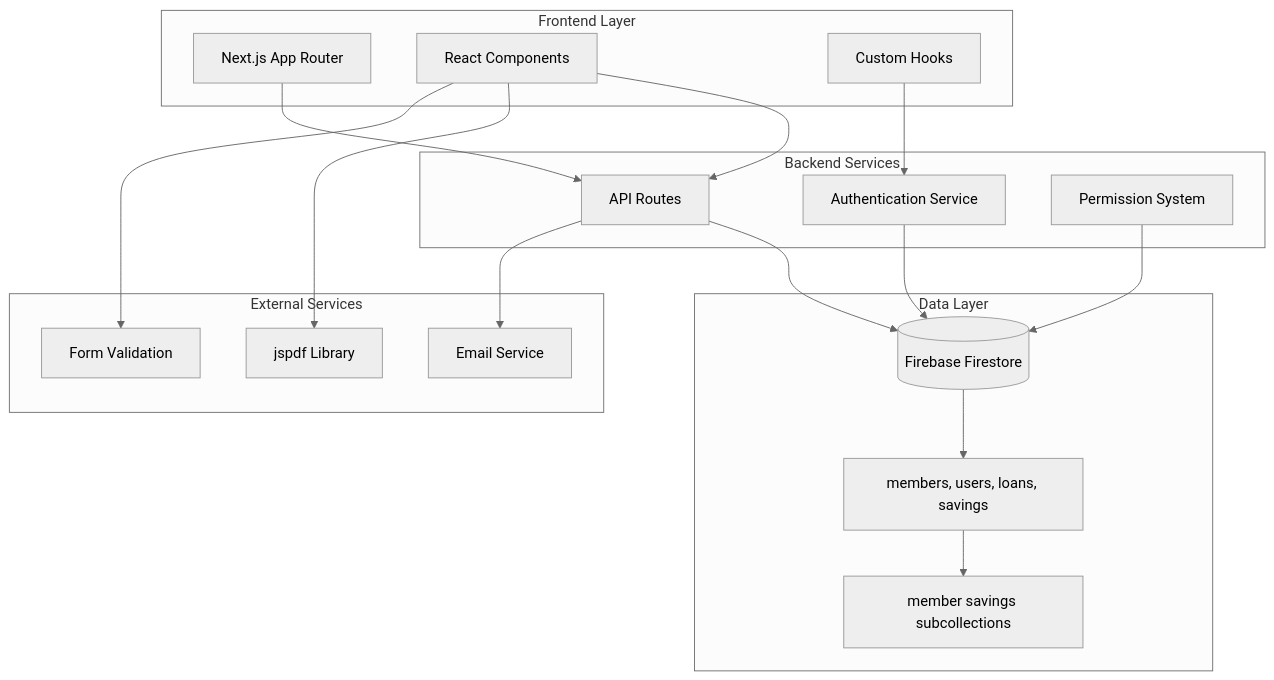
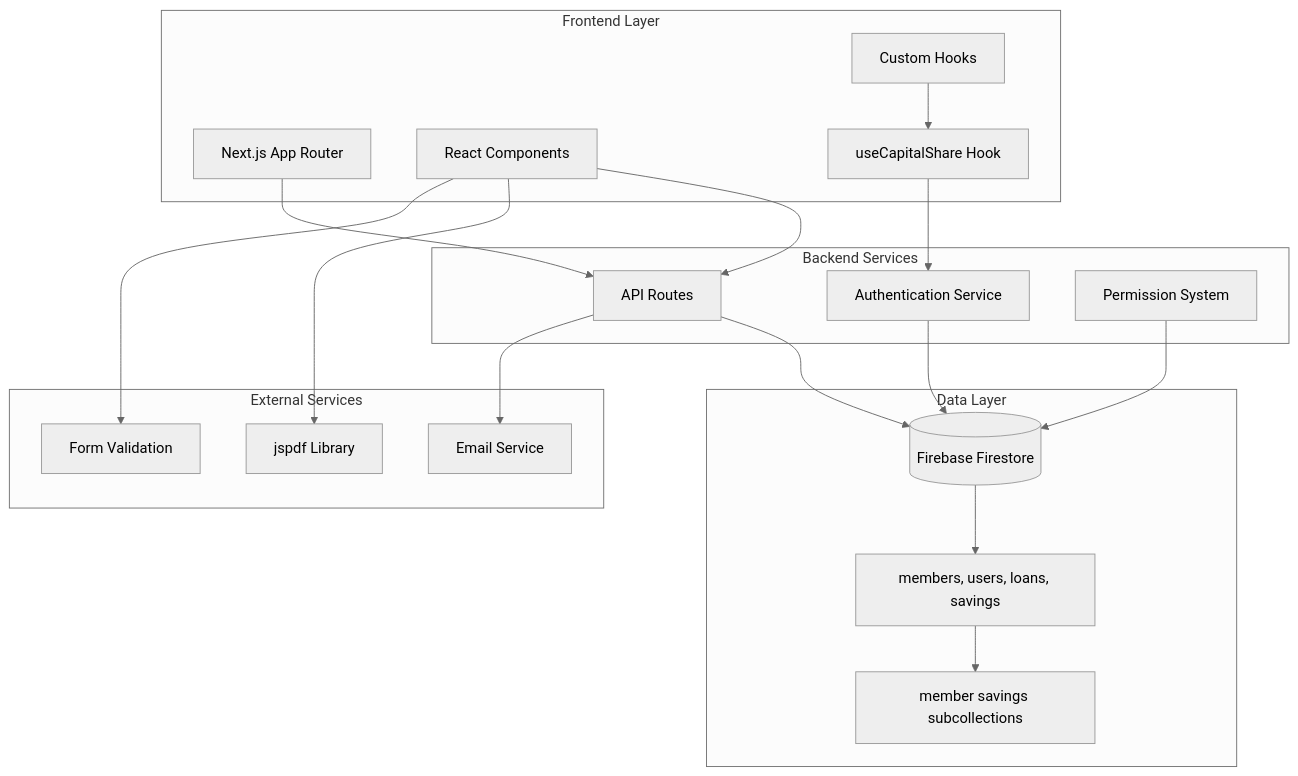
One commit to Unsure-bry/sampacoop_system changed the first of 12 diagrams in .qoder/repowiki/en/content/Project Overview/Core Features & Functionality/Administrative Features/Capital Shares Management System.md. Above: the diagram before and after it, drawn with Mermaid (neutral theme). The commit also changed other lines of this file and 5 other files, not shown here.

````diff
--- a/.qoder/repowiki/en/content/Project Overview/Core Features & Functionality/Administrative Features/Capital Shares Management System.md
+++ b/.qoder/repowiki/en/content/Project Overview/Core Features & Functionality/Administrative Features/Capital Shares Management System.md
@@ -48,34 +60,36 @@
 ```mermaid
 graph TB
 subgraph "Frontend Layer"
 UI[Next.js App Router]
 Components[React Components]
 Hooks[Custom Hooks]
+useCapitalShare[useCapitalShare Hook]
 end
 subgraph "Backend Services"
 API[API Routes]
 Auth[Authentication Service]
 Permissions[Permission System]
 end
 subgraph "Data Layer"
 Firestore[(Firebase Firestore)]
 Collections[members, users, loans, savings]
 Subcollections[member savings subcollections]
 end
 subgraph "External Services"
 Email[Email Service]
 PDF[jspdf Library]
 Validation[Form Validation]
 end
 UI --> API
 Components --> API
-Hooks --> Auth
+Hooks --> useCapitalShare
+useCapitalShare --> Auth
 API --> Firestore
 Auth --> Firestore
 Permissions --> Firestore
 API --> Email
 Components --> PDF
 Components --> Validation
 Firestore --> Collections
 Collections --> Subcollections
 ```
````
